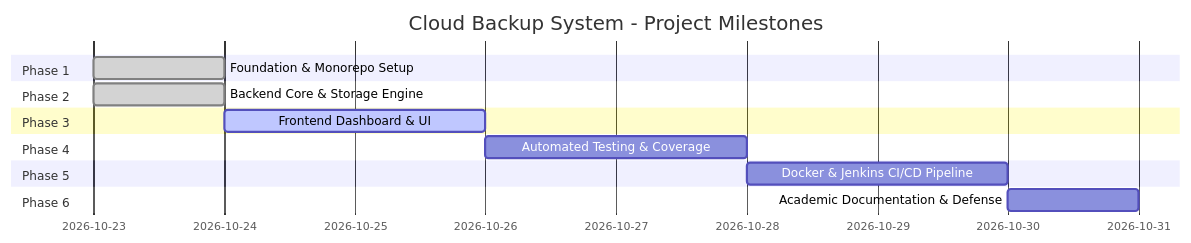
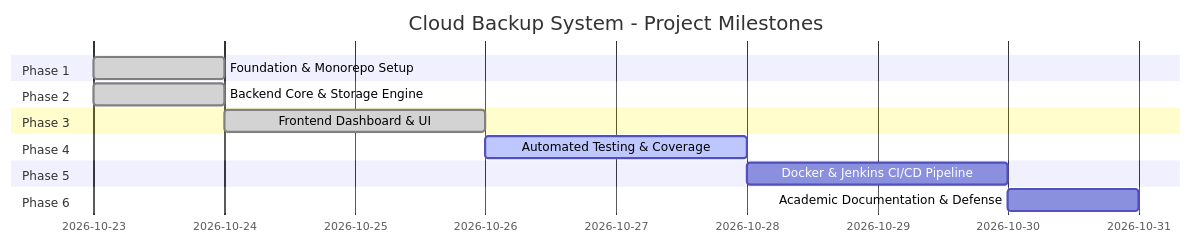
Before and after one commit to LakshayYadav167/Cloud-backup-system: the diagram in docs/phase_plan.md, drawn with Mermaid. The commit also changed other lines of this file and 19 other files, not shown here.

Commit message:
feat(phase-3): implement frontend dashboard, typed API client, and versioning UI

````diff
--- a/docs/phase_plan.md
+++ b/docs/phase_plan.md
@@ -9,17 +9,17 @@
 ```mermaid
 gantt
     title Cloud Backup System - Project Milestones
     dateFormat  YYYY-MM-DD
     section Phase 1
     Foundation & Monorepo Setup    :done, p1, 2026-10-23, 1d
     section Phase 2
     Backend Core & Storage Engine   :done, p2, 2026-10-23, 1d
     section Phase 3
-    Frontend Dashboard & UI         :active, p3, after p2, 2d
+    Frontend Dashboard & UI         :done, p3, after p2, 2d
     section Phase 4
-    Automated Testing & Coverage    :p4, after p3, 2d
+    Automated Testing & Coverage    :active, p4, after p3, 2d
     section Phase 5
     Docker & Jenkins CI/CD Pipeline :p5, after p4, 2d
     section Phase 6
     Academic Documentation & Defense:p6, after p5, 1d
 ```
````
